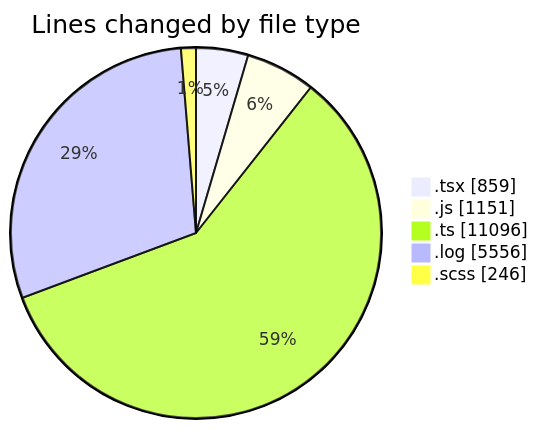
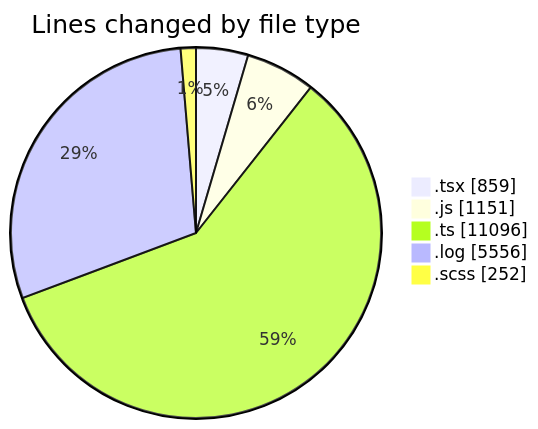
Before and after one commit to momahboobian/code-tracking: the first of 2 diagrams in 2026-04-09/cda/README.md, drawn with Mermaid. The commit also changed other lines of this file and 1 other file, not shown here.

````diff
--- a/2026-04-09/cda/README.md
+++ b/2026-04-09/cda/README.md
@@ -31,9 +31,9 @@
 ```mermaid
 pie showData
 title Lines changed by file type
 ".tsx" : 859
 ".js" : 1151
 ".ts" : 11096
 ".log" : 5556
-".scss" : 246
+".scss" : 252
 ```
````
